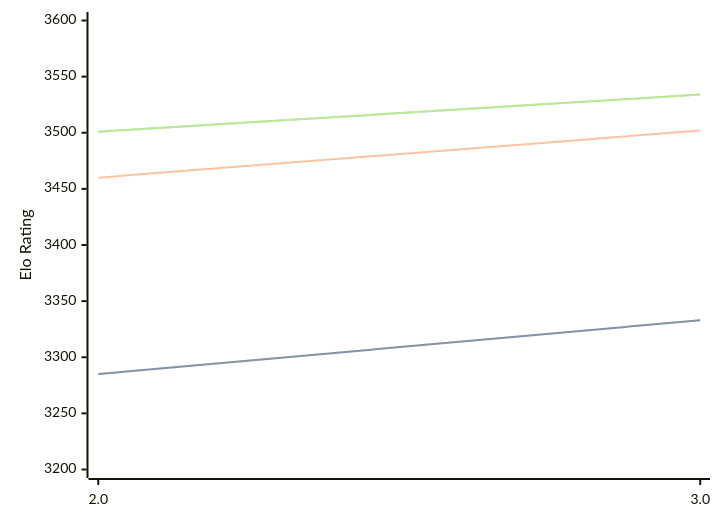
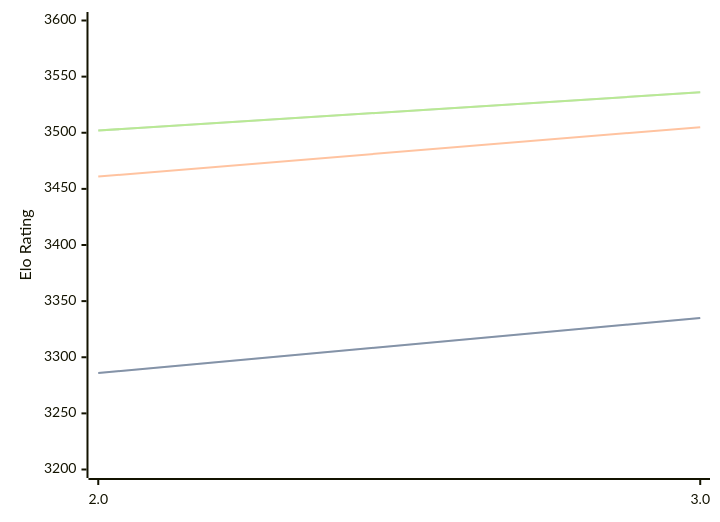
One commit to computer-chess-index/cci changed the diagram in engines/Quanticade.md. Above: the diagram before and after it, drawn with Mermaid. The commit also changed other lines of this file, not shown here.

Commit message:
Update CCI Ratings (ELO VLTC) - 2026-08-15

````diff
--- a/engines/Quanticade.md
+++ b/engines/Quanticade.md
@@ -32,11 +32,11 @@
 ```mermaid
 %%{init: {"theme":"base","themeVariables":{"seriesColors:['#a3a3a3','#222221','#faa371']}}}%%
 xychart-beta
   x-axis ["2.0", "3.0"]
   y-axis "Elo Rating" 3200 --> 3600
-  line "STC (8.0+0.08s)" [3285, 3333]
-  line "STC (8.0+0.08s)" [3285, 3333]
-  line "LTC (60.0+0.60s)" [3460, 3502]
-  line "VLTC (2m24s+1.12s)" [3501, 3534]
-  line "VLTC (2m24s+1.12s)" [3501, 3534]
+  line "STC (8.0+0.08s)" [3286, 3335]
+  line "STC (8.0+0.08s)" [3286, 3335]
+  line "LTC (60.0+0.60s)" [3461, 3505]
+  line "VLTC (2m24s+1.12s)" [3502, 3536]
+  line "VLTC (2m24s+1.12s)" [3502, 3536]
 ```
````
